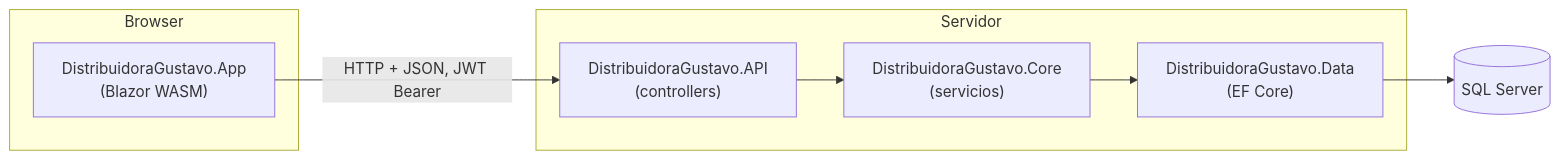
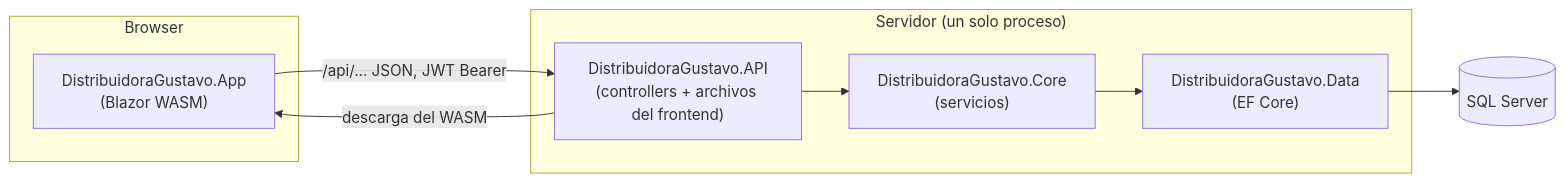
The first of 2 diagrams in docs/arquitectura.md (faacumoral/DistribuidoraGustavo), drawn with Mermaid before and after one commit. The commit also changed other lines of this file and 18 other files, not shown here.

First line of the commit message:
Serve the Blazor app from the API project

````diff
--- a/docs/arquitectura.md
+++ b/docs/arquitectura.md
@@ -7,14 +7,15 @@
 ```mermaid
 flowchart LR
     subgraph Browser
         App["DistribuidoraGustavo.App<br/>(Blazor WASM)"]
     end
-    subgraph Servidor
-        API["DistribuidoraGustavo.API<br/>(controllers)"]
+    subgraph Servidor["Servidor (un solo proceso)"]
+        API["DistribuidoraGustavo.API<br/>(controllers + archivos del frontend)"]
         Core["DistribuidoraGustavo.Core<br/>(servicios)"]
         Data["DistribuidoraGustavo.Data<br/>(EF Core)"]
     end
     DB[(SQL Server)]
-    App -- "HTTP + JSON, JWT Bearer" --> API
+    API -- "descarga del WASM" --> App
+    App -- "/api/... JSON, JWT Bearer" --> API
     API --> Core --> Data --> DB
 ```
````
